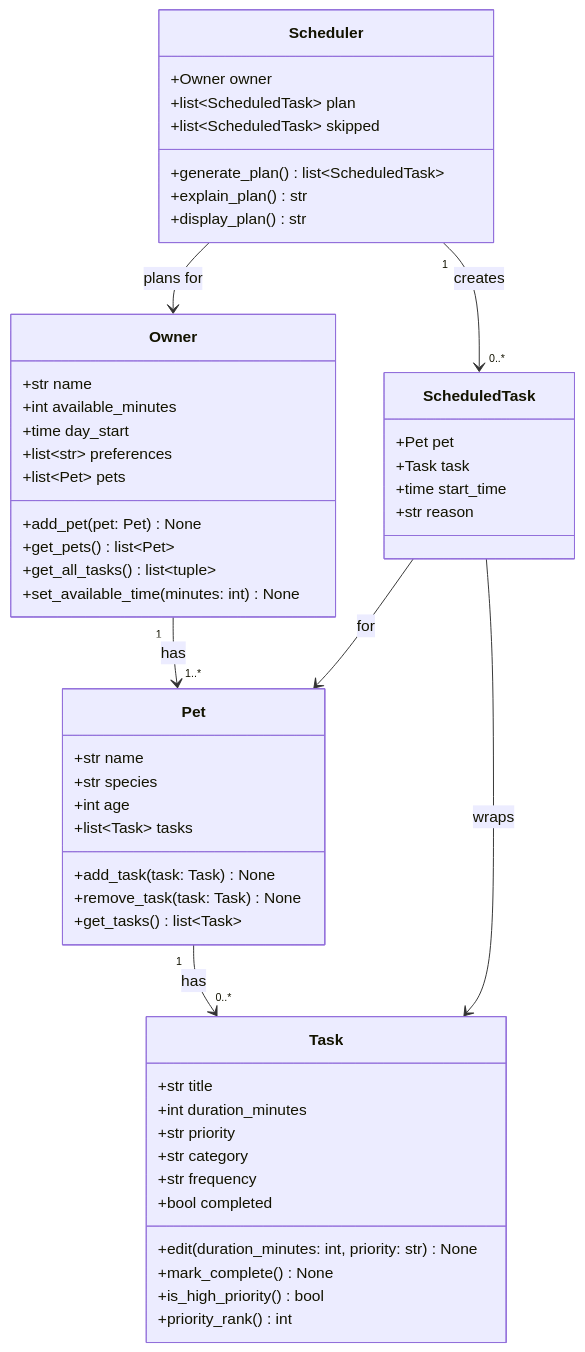
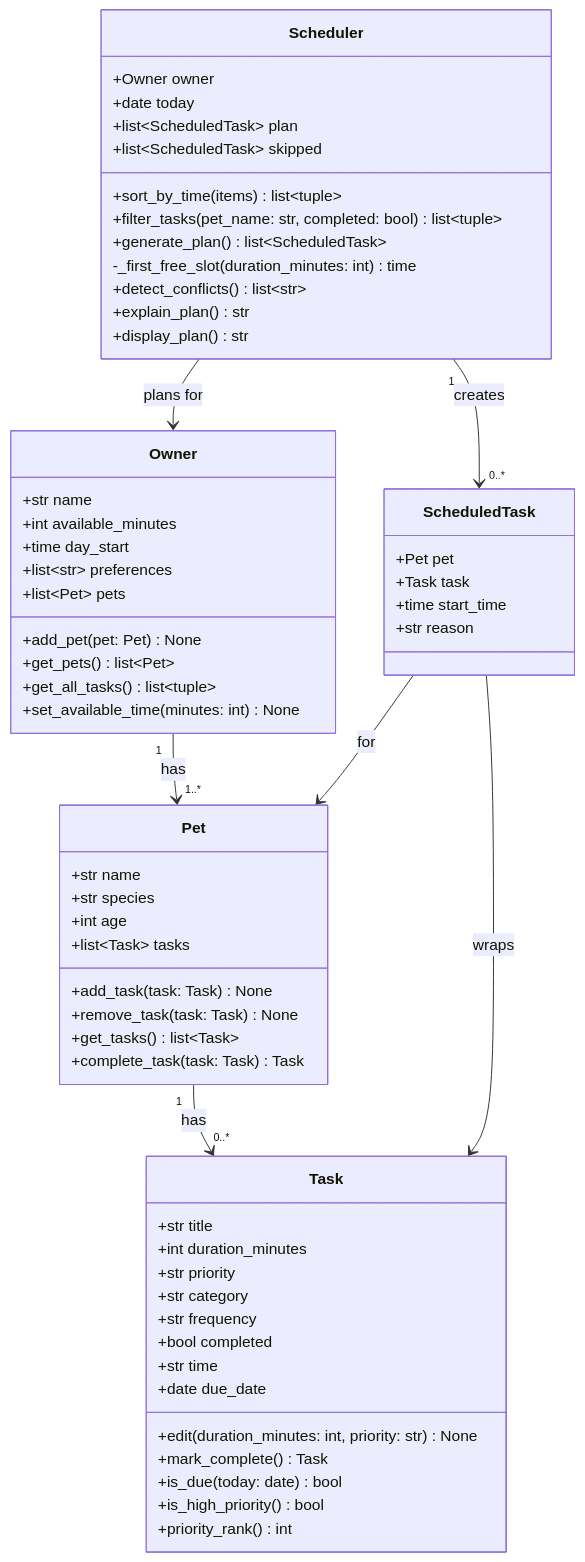
One commit to IdyR17/ai110-module2show-pawpal-starter changed the diagram in diagrams/uml.mmd. Above: the diagram before and after it, drawn with Mermaid. The commit also changed 6 other files, not shown here.

```diff
--- a/diagrams/uml.mmd
+++ b/diagrams/uml.mmd
@@ -1,60 +1,69 @@
 classDiagram
     %% Keep this file updated so it matches your final implementation.
 
     class Owner {
         +str name
         +int available_minutes
         +time day_start
         +list~str~ preferences
         +list~Pet~ pets
         +add_pet(pet: Pet) None
         +get_pets() list~Pet~
         +get_all_tasks() list~tuple~
         +set_available_time(minutes: int) None
     }
 
     class Pet {
         +str name
         +str species
         +int age
         +list~Task~ tasks
         +add_task(task: Task) None
         +remove_task(task: Task) None
         +get_tasks() list~Task~
+        +complete_task(task: Task) Task
     }
 
     class Task {
         +str title
         +int duration_minutes
         +str priority
         +str category
         +str frequency
         +bool completed
+        +str time
+        +date due_date
         +edit(duration_minutes: int, priority: str) None
-        +mark_complete() None
+        +mark_complete() Task
+        +is_due(today: date) bool
         +is_high_priority() bool
         +priority_rank() int
     }
 
     class ScheduledTask {
         +Pet pet
         +Task task
         +time start_time
         +str reason
     }
 
     class Scheduler {
         +Owner owner
+        +date today
         +list~ScheduledTask~ plan
         +list~ScheduledTask~ skipped
+        +sort_by_time(items) list~tuple~
+        +filter_tasks(pet_name: str, completed: bool) list~tuple~
         +generate_plan() list~ScheduledTask~
+        -_first_free_slot(duration_minutes: int) time
+        +detect_conflicts() list~str~
         +explain_plan() str
         +display_plan() str
     }
 
     Owner "1" --> "1..*" Pet : has
     Pet "1" --> "0..*" Task : has
     Scheduler --> Owner : plans for
     Scheduler "1" --> "0..*" ScheduledTask : creates
     ScheduledTask --> Pet : for
     ScheduledTask --> Task : wraps
```
